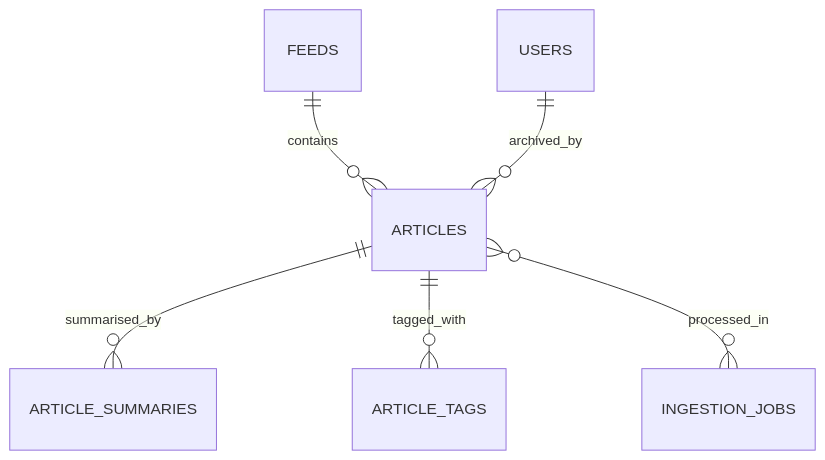
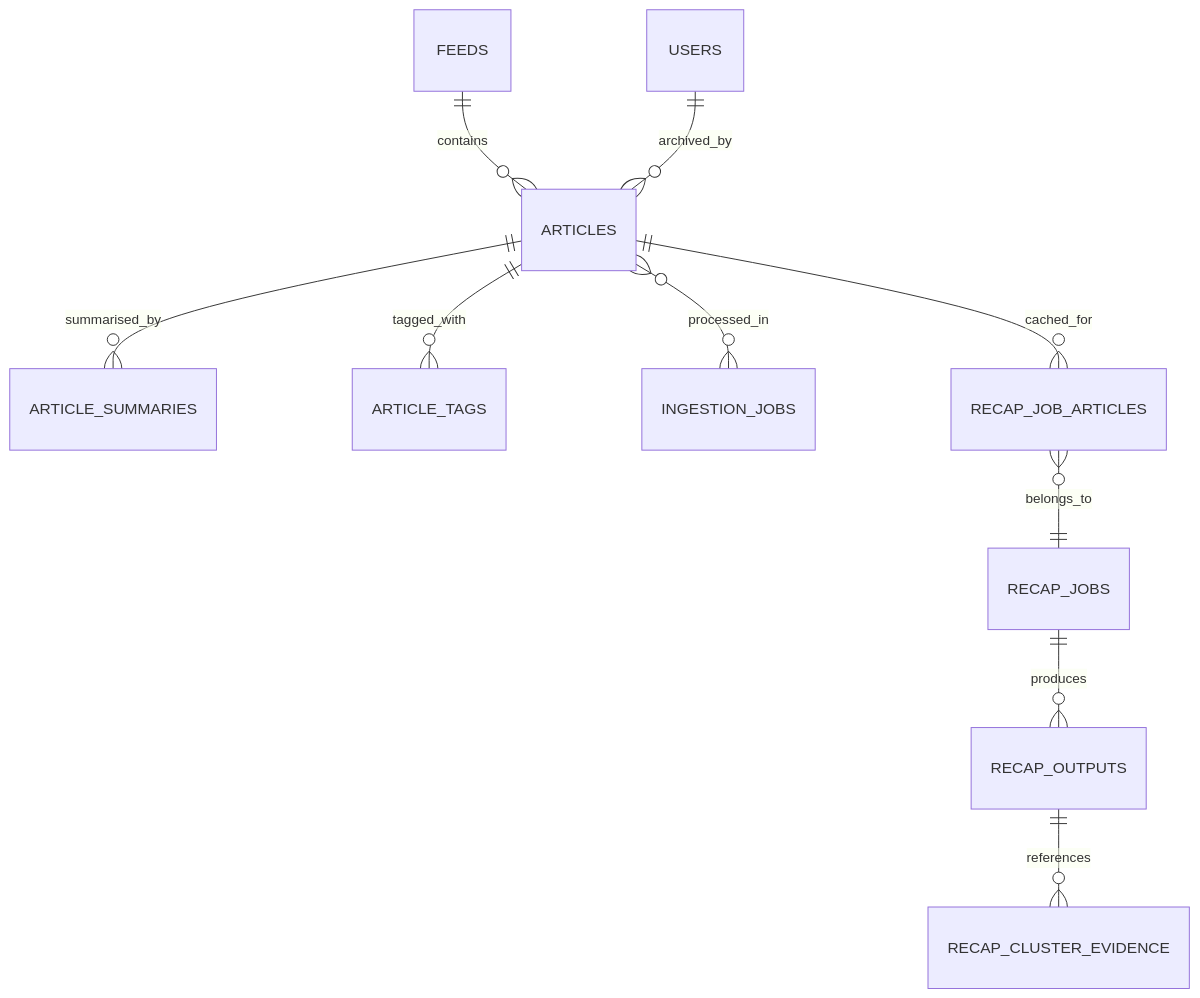
One commit to Kaikei-e/Alt changed the fifth of 5 diagrams in README.md. Above: the diagram before and after it, drawn with Mermaid. The commit also changed other lines of this file, not shown here.

First line of the commit message:
docs: Update README to reflect Recap features and enhancements

````diff
--- a/README.md
+++ b/README.md
@@ -313,8 +385,12 @@
 ```mermaid
 erDiagram
     FEEDS ||--o{ ARTICLES : contains
     ARTICLES ||--o{ ARTICLE_SUMMARIES : summarised_by
     ARTICLES ||--o{ ARTICLE_TAGS : tagged_with
     ARTICLES }o--o{ INGESTION_JOBS : processed_in
     USERS ||--o{ ARTICLES : archived_by
+    ARTICLES ||--o{ RECAP_JOB_ARTICLES : cached_for
+    RECAP_JOB_ARTICLES }o--|| RECAP_JOBS : belongs_to
+    RECAP_JOBS ||--o{ RECAP_OUTPUTS : produces
+    RECAP_OUTPUTS ||--o{ RECAP_CLUSTER_EVIDENCE : references
 ```
````
